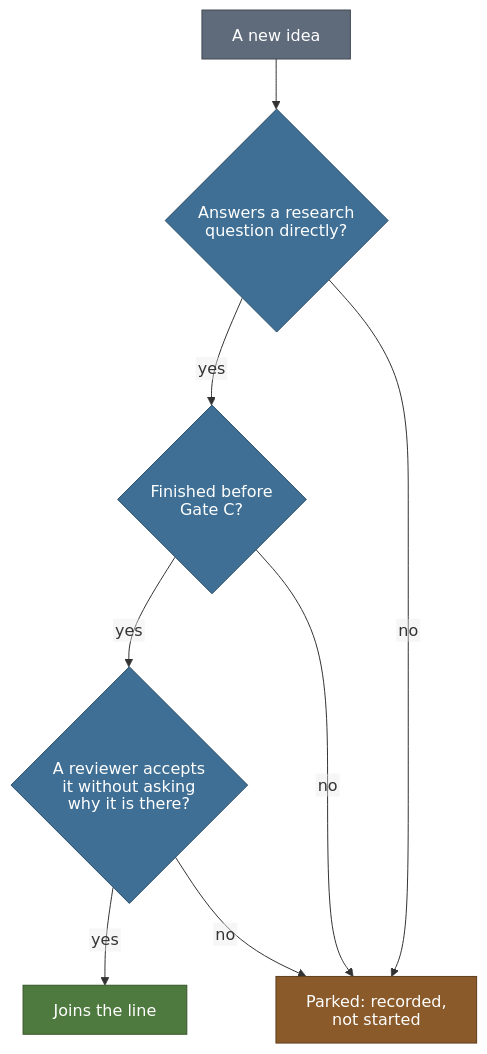
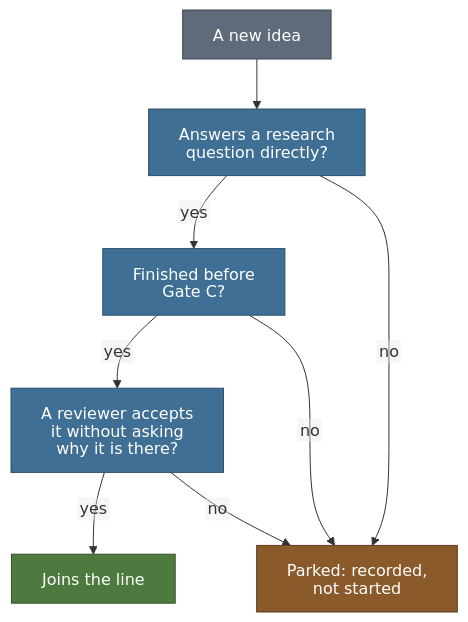
Before and after one commit to cagancaliskan/psyche: the diagram in docs/research/claims-and-scope.md, drawn with Mermaid. The commit also changed 2 other files, not shown here.

Commit message:
docs(research): draw the scope test's questions as boxes
The scope test on the claims and scope page drew its three questions as
diamonds. At the width of the documentation column they were very large
and the drawing ran to more than 900 pixels high. The questions are now
written as plain rectangles in the Mermaid source, with the same words,
the same arrows and the same yes and no labels, so the drawing is about
half as tall.

The staged drawing was re-rendered by the repository's own diagram
script: the old file ae950dfa0a571311.svg is replaced by
18a13c1c90dd71cf.svg, whose key follows from the new source. The other
eight drawings are unchanged, and diagrams.py --check passes.

````diff
--- a/docs/research/claims-and-scope.md
+++ b/docs/research/claims-and-scope.md
@@ -94,19 +94,19 @@
 ```mermaid
 %%{init: {"htmlLabels": false, "markdownAutoWrap": false, "flowchart": {"htmlLabels": false, "wrappingWidth": 400}}}%%
 flowchart TD
-    idea["A new idea"] --> q1{"Answers a research<br/>question directly?"}
-    q1 -- "yes" --> q2{"Finished before<br/>Gate C?"}
+    idea["A new idea"] --> q1["Answers a research<br/>question directly?"]
+    q1 -- "yes" --> q2["Finished before<br/>Gate C?"]
     q1 -- "no" --> park["Parked: recorded,<br/>not started"]
-    q2 -- "yes" --> q3{"A reviewer accepts<br/>it without asking<br/>why it is there?"}
+    q2 -- "yes" --> q3["A reviewer accepts<br/>it without asking<br/>why it is there?"]
     q2 -- "no" --> park
     q3 -- "yes" --> take["Joins the line"]
     q3 -- "no" --> park
     classDef start fill:#5f6b7a,stroke:#414a55,color:#ffffff
     classDef question fill:#3f6f94,stroke:#2b4f6b,color:#ffffff
     classDef keep fill:#4f7a3f,stroke:#365429,color:#ffffff
     classDef stop fill:#8a5a2b,stroke:#5f3d1c,color:#ffffff
     class idea start
     class q1,q2,q3 question
     class take keep
     class park stop
 ```
````
